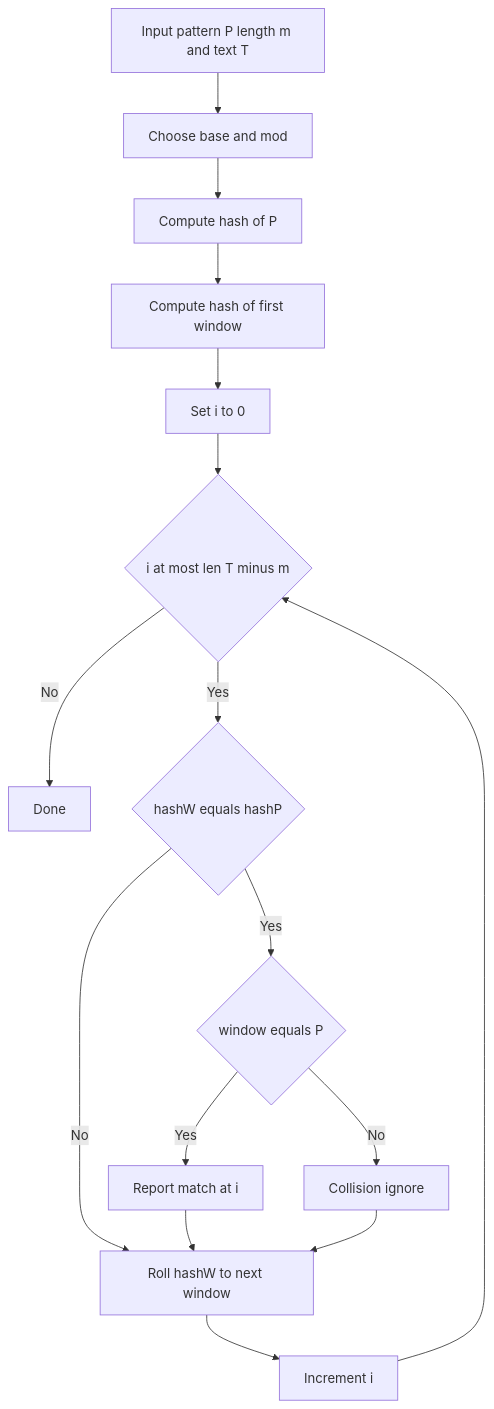
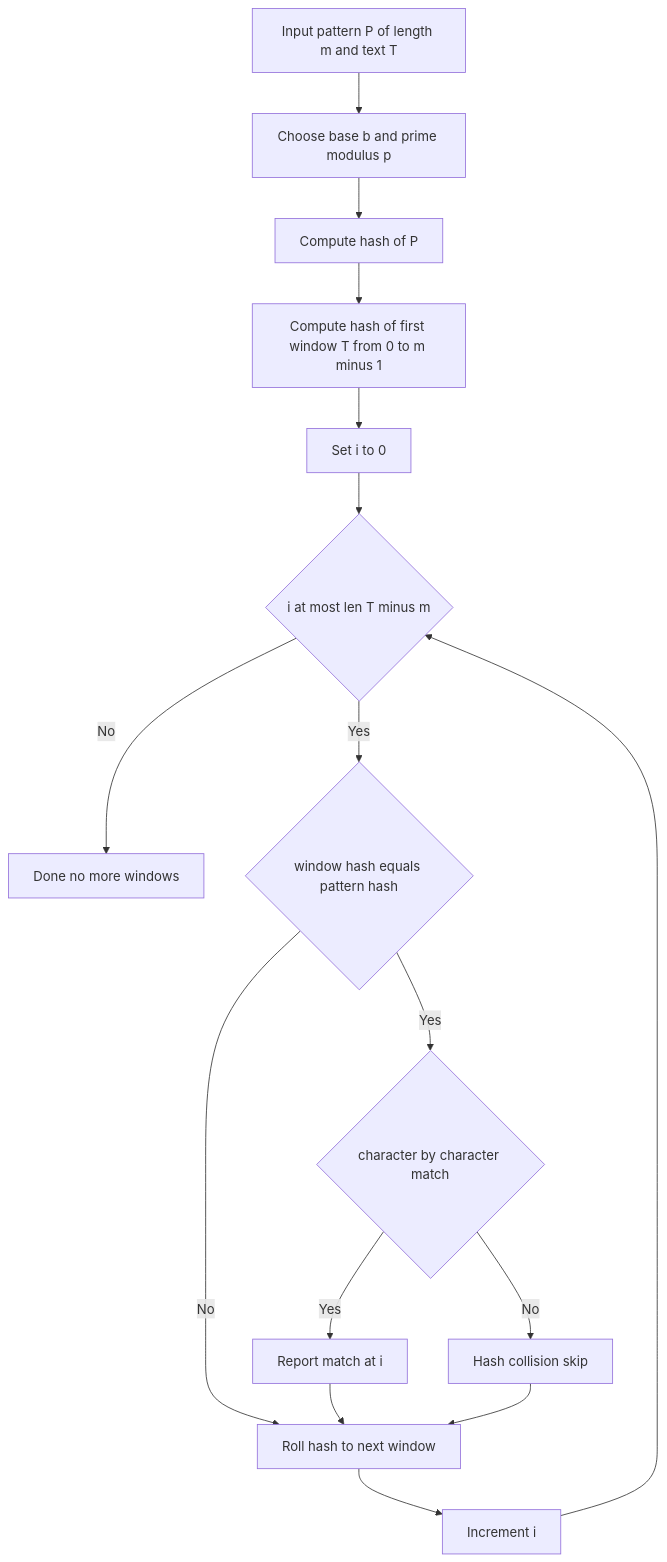
Before and after one commit to grafanaKibana/devbook.zip: the diagram in Vault/Software Engineering/02 Computer Science/Algorithms/Search Algorithms/Rabin Karp Search.md, drawn with Mermaid. The commit also changed other lines of this file and 3 other files, not shown here.

````diff
--- a/Vault/Software Engineering/02 Computer Science/Algorithms/Search Algorithms/Rabin Karp Search.md
+++ b/Vault/Software Engineering/02 Computer Science/Algorithms/Search Algorithms/Rabin Karp Search.md
@@ -35,18 +31,18 @@
 ```mermaid
 graph TD
-  S[Input pattern P length m and text T] --> A[Choose base and mod]
+  S[Input pattern P of length m and text T] --> A[Choose base b and prime modulus p]
   A --> B[Compute hash of P]
-  B --> C[Compute hash of first window]
+  B --> C[Compute hash of first window T from 0 to m minus 1]
   C --> D[Set i to 0]
   D --> E{i at most len T minus m}
-  E -->|No| Z[Done]
-  E -->|Yes| F{hashW equals hashP}
-  F -->|No| G[Roll hashW to next window]
-  F -->|Yes| H{window equals P}
+  E -->|No| Z[Done no more windows]
+  E -->|Yes| F{window hash equals pattern hash}
+  F -->|No| G[Roll hash to next window]
+  F -->|Yes| H{character by character match}
   H -->|Yes| I[Report match at i]
-  H -->|No| J[Collision ignore]
+  H -->|No| J[Hash collision skip]
   I --> G
   J --> G
   G --> K[Increment i]
   K --> E
 ```
````
